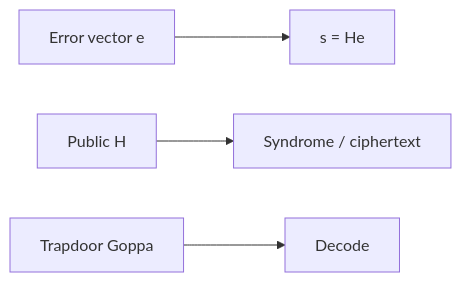
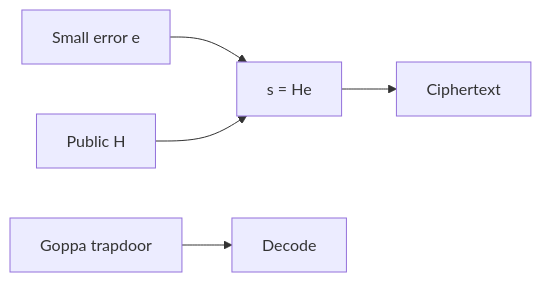
The diagram in manuscript/chapters/06-code-based.md (kalyogyogi-ui/Ai-check-), drawn with Mermaid before and after one commit. The commit also changed other lines of this file and 31 other files, not shown here.

First line of the commit message:
Fix figure placement: in-section after intro text, repair corrupted headings

````diff
--- a/manuscript/chapters/06-code-based.md
+++ b/manuscript/chapters/06-code-based.md
@@ -7,6 +64,7 @@
 ```mermaid
 flowchart LR
-  E[Error vector e] --> SYN[s = He]
-  PK[Public H] --> ENC[Syndrome / ciphertext]
-  SK[Trapdoor Goppa] --> DEC[Decode]
+  e[Small error e] --> s[s = He]
+  H[Public H] --> s
+  s --> ct[Ciphertext]
+  trap[Goppa trapdoor] --> dec[Decode]
 ```
````
